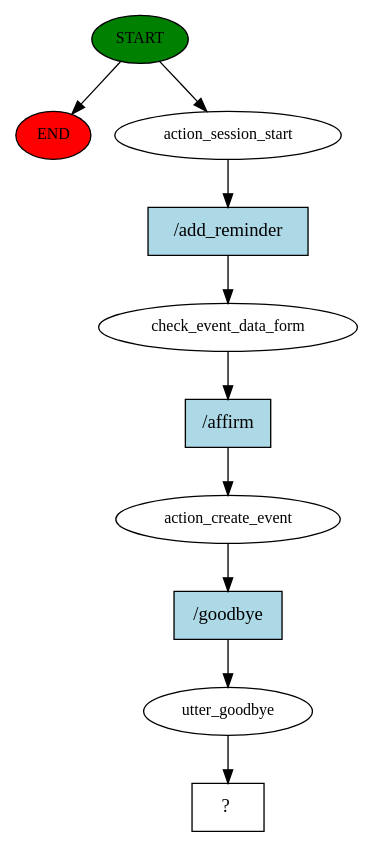
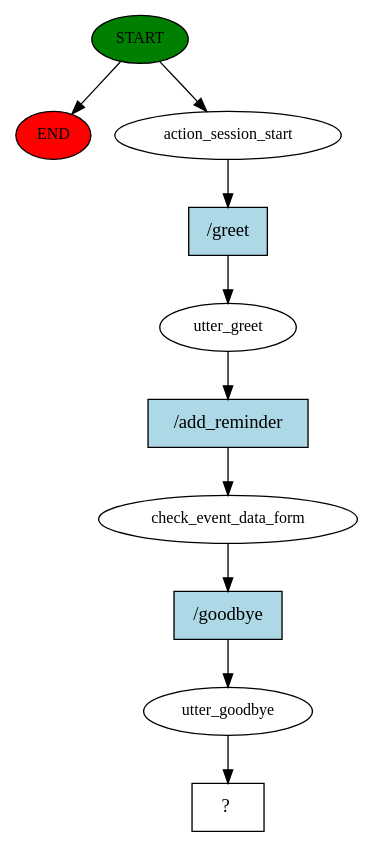
Before and after one commit to BernardoLeandro1/PI: the diagram in rasa-assistant/story_graph.dot, drawn with Graphviz. The commit also changed 140 other files, not shown here.

```diff
--- a/rasa-assistant/story_graph.dot
+++ b/rasa-assistant/story_graph.dot
@@ -1,21 +1,21 @@
 digraph  {
 0 [class="start active", fillcolor=green, fontsize=12, label=START, style=filled];
 "-1" [class=end, fillcolor=red, fontsize=12, label=END, style=filled];
 1 [class=active, fontsize=12, label=action_session_start];
-2 [class=active, fontsize=12, label=check_event_data_form];
-3 [class=active, fontsize=12, label=action_create_event];
+2 [class=active, fontsize=12, label=utter_greet];
+3 [class=active, fontsize=12, label=check_event_data_form];
 4 [class=active, fontsize=12, label=utter_goodbye];
 5 [class="intent dashed active", label="  ?  ", shape=rect];
-6 [class="intent active", fillcolor=lightblue, label="/add_reminder", shape=rect, style=filled];
-7 [class="intent active", fillcolor=lightblue, label="/affirm", shape=rect, style=filled];
+6 [class="intent active", fillcolor=lightblue, label="/greet", shape=rect, style=filled];
+7 [class="intent active", fillcolor=lightblue, label="/add_reminder", shape=rect, style=filled];
 8 [class="intent active", fillcolor=lightblue, label="/goodbye", shape=rect, style=filled];
 0 -> "-1"  [class="", key=NONE, label=""];
 0 -> 1  [class=active, key=NONE, label=""];
 1 -> 6  [class=active, key=0];
 2 -> 7  [class=active, key=0];
 3 -> 8  [class=active, key=0];
 4 -> 5  [class=active, key=NONE, label=""];
 6 -> 2  [class=active, key=0];
 7 -> 3  [class=active, key=0];
 8 -> 4  [class=active, key=0];
 }
```
